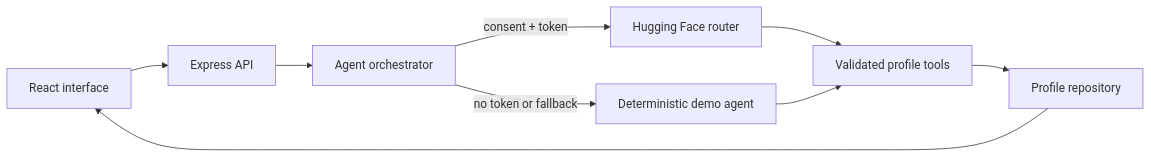
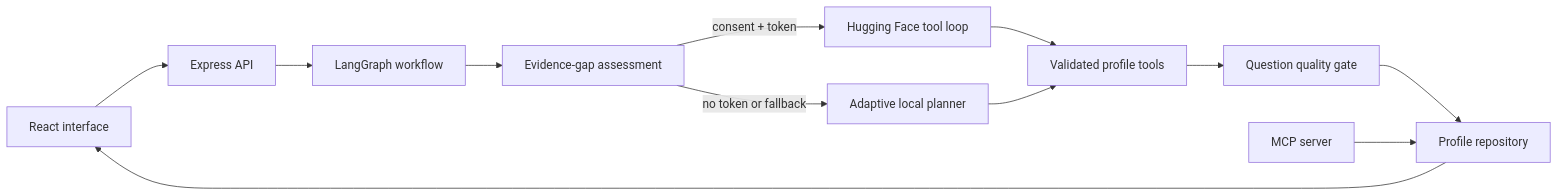
One commit to YasminTayebi/facet-ai changed the diagram in README.md. Above: the diagram before and after it, drawn with Mermaid. The commit also changed other lines of this file and 21 other files, not shown here.

Commit message:
feat: add adaptive LangGraph agent and MCP server

````diff
--- a/README.md
+++ b/README.md
@@ -55,11 +56,14 @@
 ```mermaid
 flowchart LR
     UI[React interface] --> API[Express API]
-    API --> ORCH[Agent orchestrator]
-    ORCH -->|consent + token| HF[Hugging Face router]
-    ORCH -->|no token or fallback| DEMO[Deterministic demo agent]
+    API --> GRAPH[LangGraph workflow]
+    GRAPH --> GAP[Evidence-gap assessment]
+    GAP -->|consent + token| HF[Hugging Face tool loop]
+    GAP -->|no token or fallback| DEMO[Adaptive local planner]
     HF --> TOOLS[Validated profile tools]
     DEMO --> TOOLS
-    TOOLS --> STORE[Profile repository]
+    TOOLS --> QUALITY[Question quality gate]
+    QUALITY --> STORE[Profile repository]
     STORE --> UI
+    MCP[MCP server] --> STORE
 ```
````
